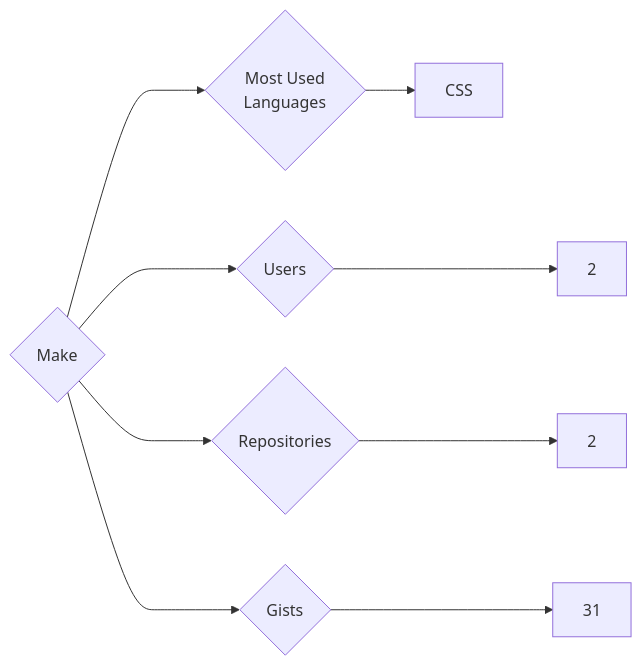
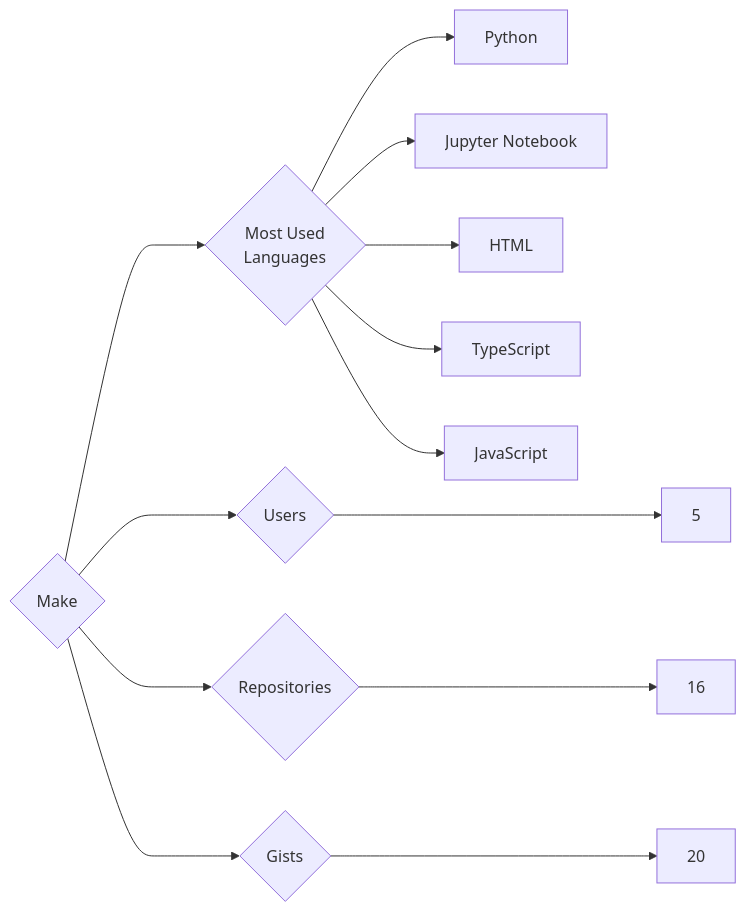
The diagram in targets/Make/README.md (trickest/insiders), drawn with Mermaid before and after one commit. The commit also changed 1496 other files, not shown here.

````diff
--- a/targets/Make/README.md
+++ b/targets/Make/README.md
@@ -3,9 +3,13 @@
 ```mermaid
 graph LR
 COMPANY_NAME{Make}
-COMPANY_NAME ---> U{Users} ---> UN[2]
-COMPANY_NAME ---> R{Repositories} ---> RN[2]
-COMPANY_NAME ---> G{Gists} ---> GN[31]
+COMPANY_NAME ---> U{Users} ---> UN[5]
+COMPANY_NAME ---> R{Repositories} ---> RN[16]
+COMPANY_NAME ---> G{Gists} ---> GN[20]
 COMPANY_NAME ---> ML{Most Used<br>Languages}
-ML --> CSS[CSS]
+ML --> Python[Python]
+ML --> Jupyter_Notebook[Jupyter Notebook]
+ML --> HTML[HTML]
+ML --> TypeScript[TypeScript]
+ML --> JavaScript[JavaScript]
 ```
````
